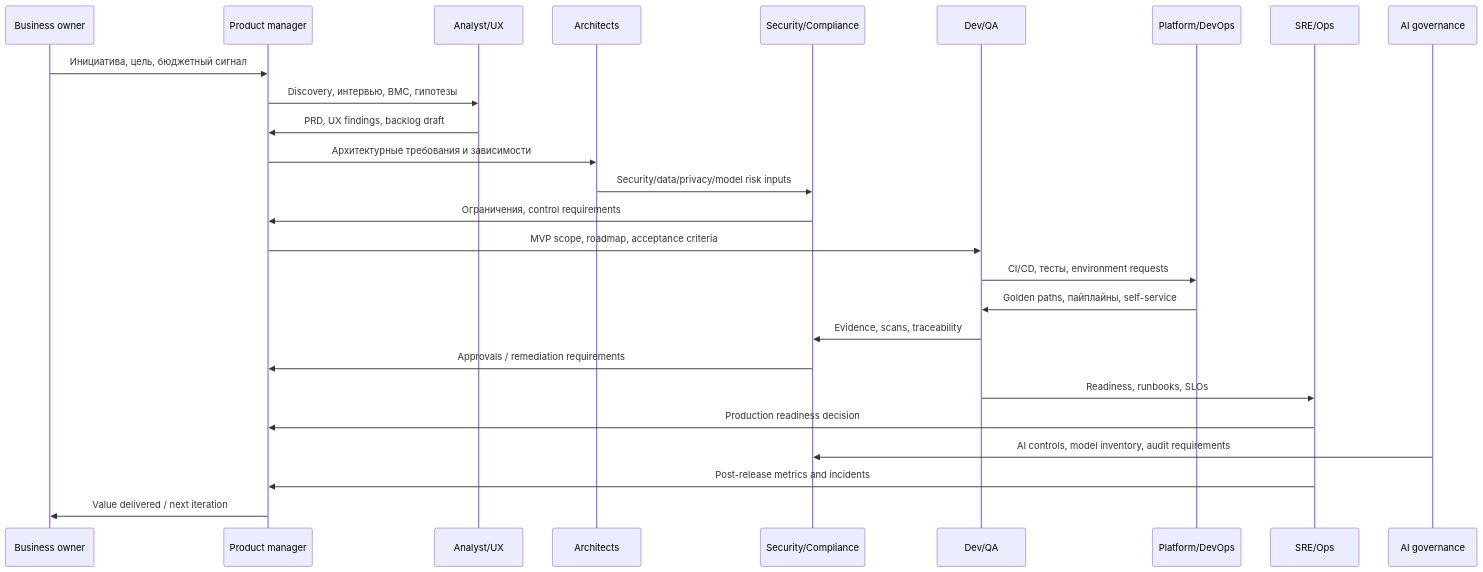
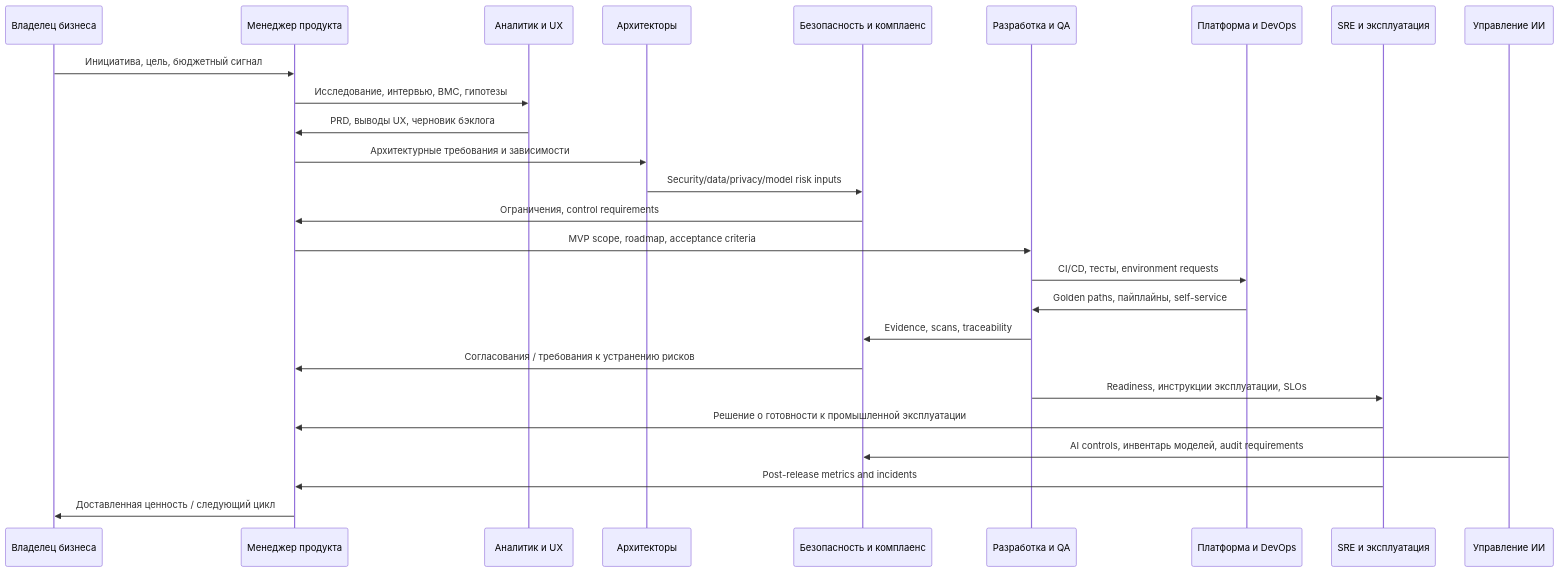
Before and after one commit to RussianLioN/datacanvas: the second of 4 diagrams in docs/process/methodology/ai-enabled-software-development-process-research.md, drawn with Mermaid. The commit also changed other lines of this file and 10 other files, not shown here.

````diff
--- a/docs/process/methodology/ai-enabled-software-development-process-research.md
+++ b/docs/process/methodology/ai-enabled-software-development-process-research.md
@@ -99,29 +105,29 @@
 ```mermaid
 sequenceDiagram
-    participant BO as Business owner
-    participant PM as Product manager
-    participant BA as Analyst/UX
-    participant EA as Architects
-    participant SEC as Security/Compliance
-    participant DEV as Dev/QA
-    participant PL as Platform/DevOps
-    participant SRE as SRE/Ops
-    participant AIG as AI governance
+    participant BO as Владелец бизнеса
+    participant PM as Менеджер продукта
+    participant BA as Аналитик и UX
+    participant EA as Архитекторы
+    participant SEC as Безопасность и комплаенс
+    participant DEV as Разработка и QA
+    participant PL as Платформа и DevOps
+    participant SRE as SRE и эксплуатация
+    participant AIG as Управление ИИ
 
     BO->>PM: Инициатива, цель, бюджетный сигнал
-    PM->>BA: Discovery, интервью, BMC, гипотезы
-    BA->>PM: PRD, UX findings, backlog draft
+    PM->>BA: Исследование, интервью, BMC, гипотезы
+    BA->>PM: PRD, выводы UX, черновик бэклога
     PM->>EA: Архитектурные требования и зависимости
     EA->>SEC: Security/data/privacy/model risk inputs
     SEC->>PM: Ограничения, control requirements
     PM->>DEV: MVP scope, roadmap, acceptance criteria
     DEV->>PL: CI/CD, тесты, environment requests
     PL->>DEV: Golden paths, пайплайны, self-service
     DEV->>SEC: Evidence, scans, traceability
-    SEC->>PM: Approvals / remediation requirements
-    DEV->>SRE: Readiness, runbooks, SLOs
-    SRE->>PM: Production readiness decision
-    AIG->>SEC: AI controls, model inventory, audit requirements
+    SEC->>PM: Согласования / требования к устранению рисков
+    DEV->>SRE: Readiness, инструкции эксплуатации, SLOs
+    SRE->>PM: Решение о готовности к промышленной эксплуатации
+    AIG->>SEC: AI controls, инвентарь моделей, audit requirements
     SRE->>PM: Post-release metrics and incidents
-    PM->>BO: Value delivered / next iteration
+    PM->>BO: Доставленная ценность / следующий цикл
 ```
````
